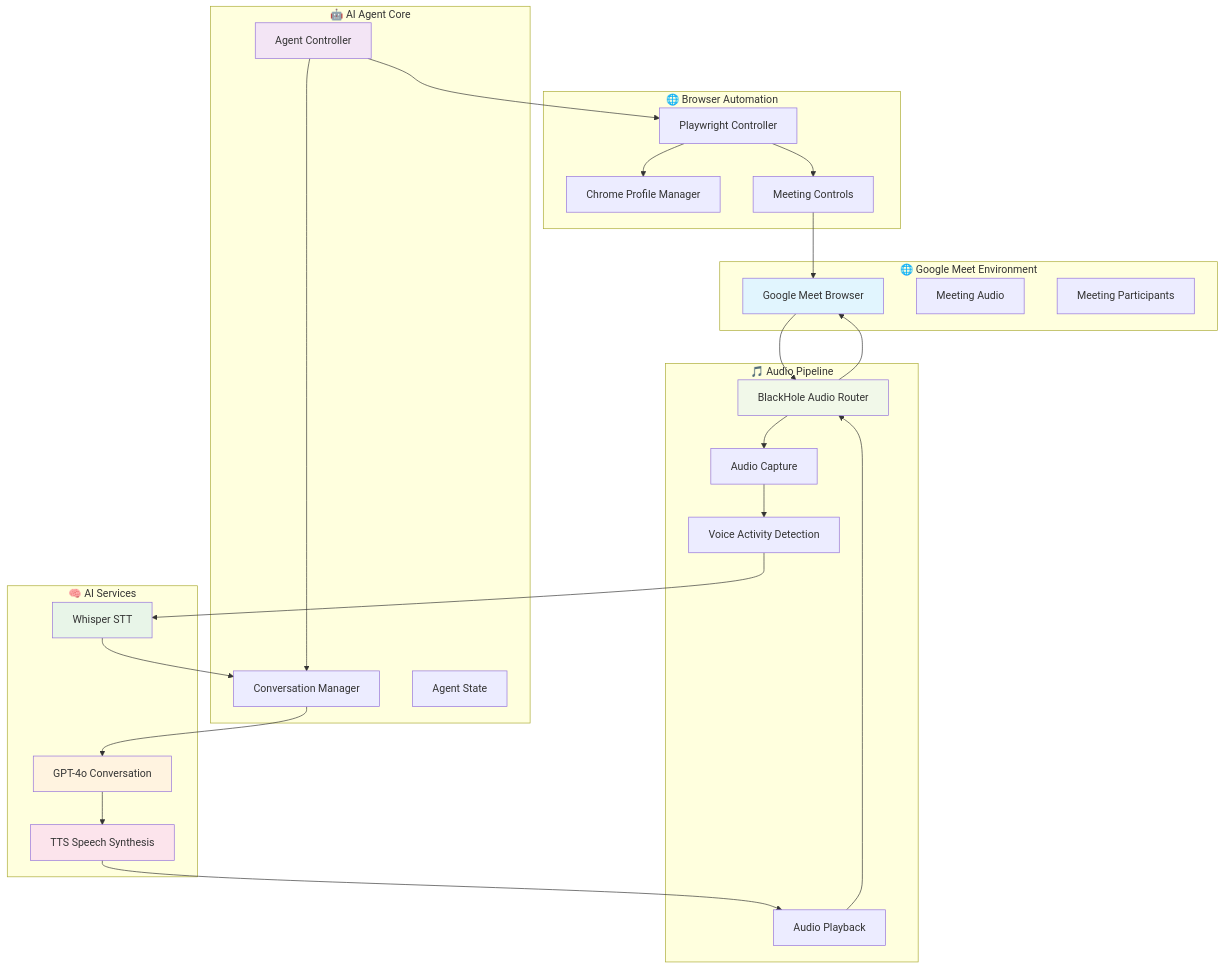
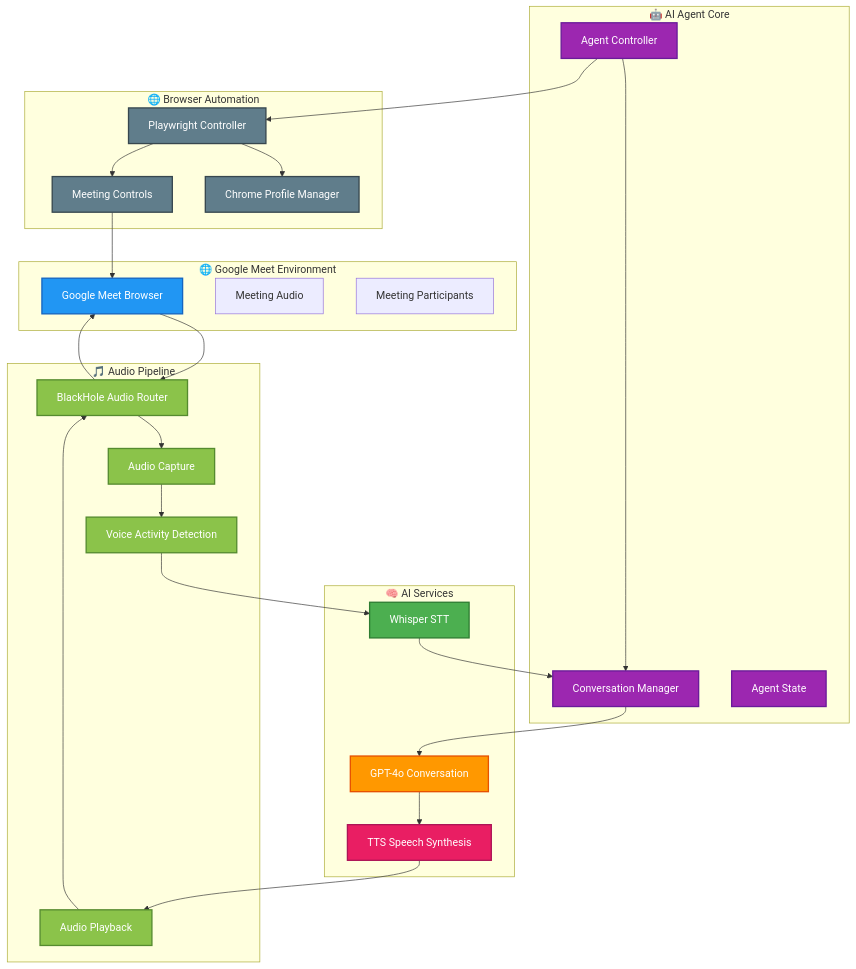
Before and after one commit to Tazril/meet-flow: the first of 3 diagrams in README.md, drawn with Mermaid. The commit also changed other lines of this file, not shown here.

Commit message:
improve mermaid diagram readability and reorganize HLD layout

````diff
--- a/README.md
+++ b/README.md
@@ -36,57 +36,65 @@
 ```mermaid
 graph TB
     subgraph "🌐 Google Meet Environment"
         GM[Google Meet Browser]
         MA[Meeting Audio]
         MP[Meeting Participants]
     end
     
     subgraph "🤖 AI Agent Core"
         AC[Agent Controller]
         CM[Conversation Manager]
         AS[Agent State]
     end
     
+    subgraph "🧠 AI Services"
+        W[Whisper STT]
+        G[GPT-4o Conversation]
+        T[TTS Speech Synthesis]
+    end
+    
     subgraph "🎵 Audio Pipeline"
         BH[BlackHole Audio Router]
         AC_A[Audio Capture]
         AP[Audio Playback]
         VAD[Voice Activity Detection]
-    end
-    
-    subgraph "🧠 AI Services"
-        W[Whisper STT]
-        G[GPT-4o Conversation]
-        T[TTS Speech Synthesis]
     end
     
     subgraph "🌐 Browser Automation"
         PW[Playwright Controller]
         CP[Chrome Profile Manager]
         MC[Meeting Controls]
     end
     
     GM --> BH
     BH --> AC_A
     AC_A --> VAD
     VAD --> W
     W --> CM
     CM --> G
     G --> T
     T --> AP
     AP --> BH
     BH --> GM
     
     AC --> CM
     AC --> PW
     PW --> CP
     PW --> MC
     MC --> GM
     
-    style GM fill:#e1f5fe
-    style AC fill:#f3e5f5
-    style W fill:#e8f5e8
-    style G fill:#fff3e0
-    style T fill:#fce4ec
-    style BH fill:#f1f8e9
+    style GM fill:#2196F3,stroke:#1565C0,stroke-width:2px,color:#fff
+    style AC fill:#9C27B0,stroke:#6A1B9A,stroke-width:2px,color:#fff
+    style CM fill:#9C27B0,stroke:#6A1B9A,stroke-width:2px,color:#fff
+    style AS fill:#9C27B0,stroke:#6A1B9A,stroke-width:2px,color:#fff
+    style W fill:#4CAF50,stroke:#2E7D32,stroke-width:2px,color:#fff
+    style G fill:#FF9800,stroke:#E65100,stroke-width:2px,color:#fff
+    style T fill:#E91E63,stroke:#AD1457,stroke-width:2px,color:#fff
+    style BH fill:#8BC34A,stroke:#558B2F,stroke-width:2px,color:#fff
+    style AC_A fill:#8BC34A,stroke:#558B2F,stroke-width:2px,color:#fff
+    style AP fill:#8BC34A,stroke:#558B2F,stroke-width:2px,color:#fff
+    style VAD fill:#8BC34A,stroke:#558B2F,stroke-width:2px,color:#fff
+    style PW fill:#607D8B,stroke:#37474F,stroke-width:2px,color:#fff
+    style CP fill:#607D8B,stroke:#37474F,stroke-width:2px,color:#fff
+    style MC fill:#607D8B,stroke:#37474F,stroke-width:2px,color:#fff
 ```
````
